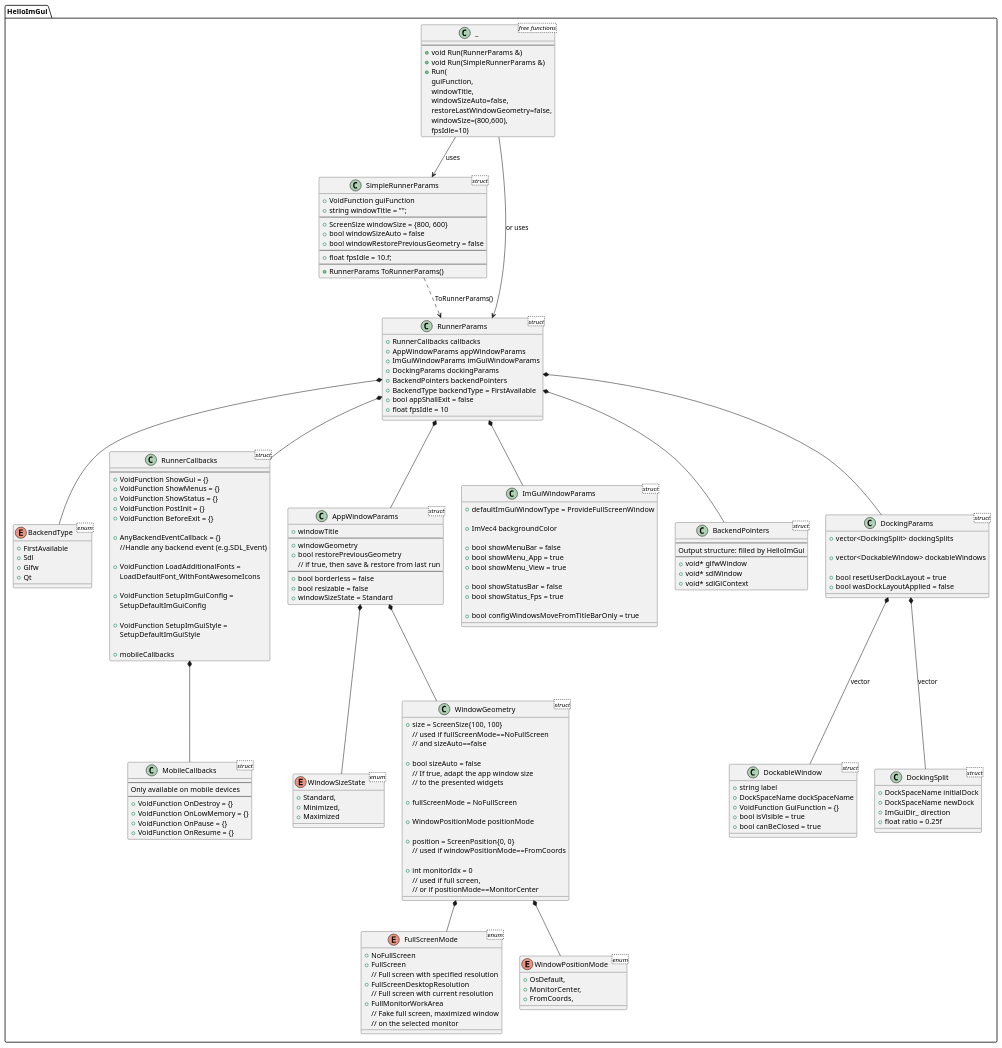
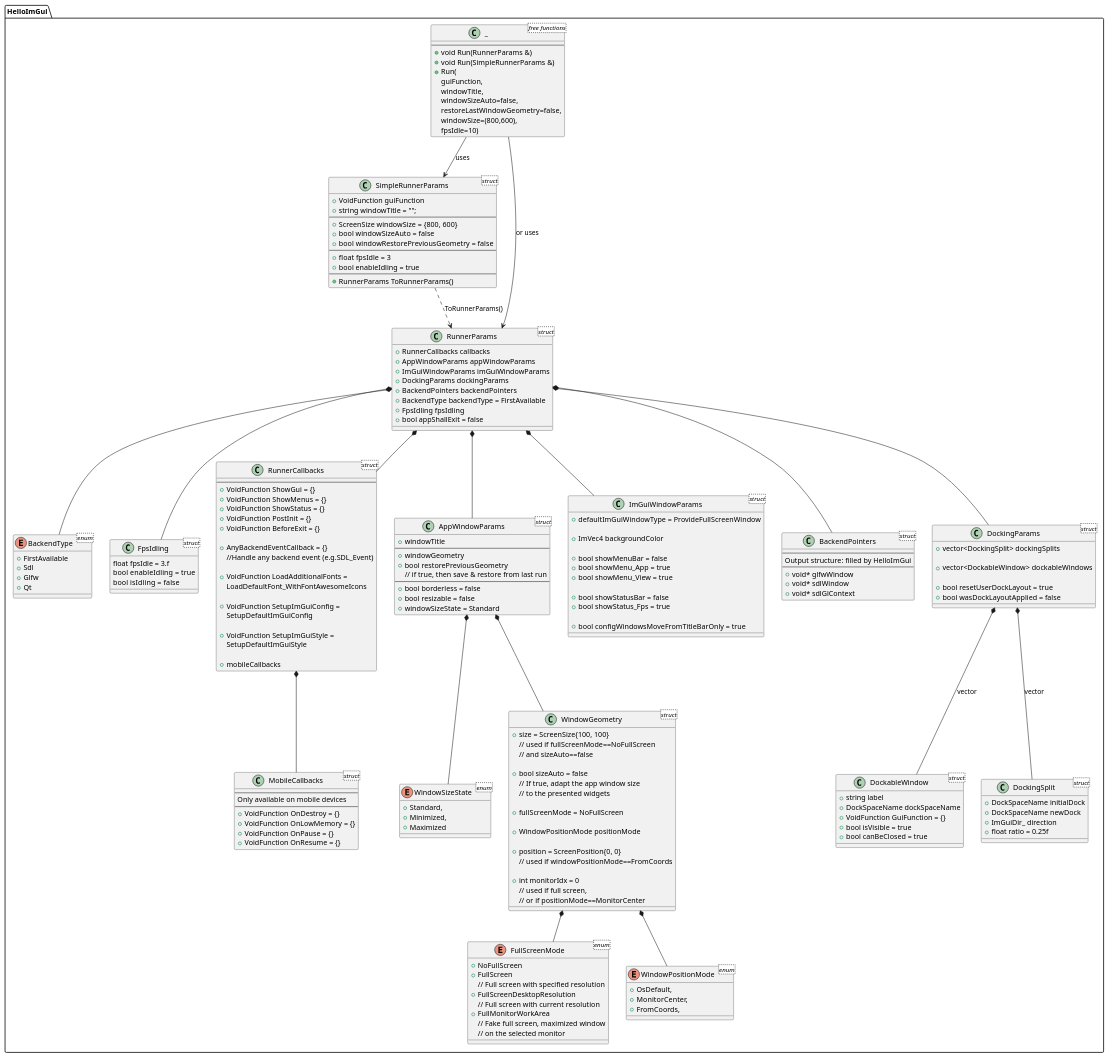
One commit to pthom/hello_imgui changed the diagram in src/hello_imgui/doc_src/hello_imgui_diagram.puml. Above: the diagram before and after it, drawn with PlantUML. The commit also changed 9 other files, not shown here.

Commit message:
Add FpsIdling params

```diff
--- a/src/hello_imgui/doc_src/hello_imgui_diagram.puml
+++ b/src/hello_imgui/doc_src/hello_imgui_diagram.puml
@@ -24,6 +24,13 @@
     + Qt
 }
 
+class FpsIdling<struct> {
+    float fpsIdle = 3.f
+    bool  enableIdling = true
+    bool  isIdling = false
+}
+
+
 class RunnerParams <struct> {
     + RunnerCallbacks callbacks
     + AppWindowParams appWindowParams
@@ -31,8 +38,8 @@
     + DockingParams dockingParams
     + BackendPointers backendPointers
     + BackendType backendType = FirstAvailable
+    + FpsIdling fpsIdling
     + bool appShallExit = false
-    + float fpsIdle = 10
 }
 
 class SimpleRunnerParams <struct> {
@@ -43,7 +50,8 @@
     + bool windowSizeAuto = false
     + bool windowRestorePreviousGeometry = false
     ---
-    + float fpsIdle = 10.f;
+    + float fpsIdle = 3
+    + bool enableIdling = true
     ---
     + RunnerParams ToRunnerParams()
 }
@@ -201,6 +209,7 @@
     + float ratio = 0.25f
 }
 
+RunnerParams *-- FpsIdling
 RunnerParams *-- BackendType
 RunnerParams *-- RunnerCallbacks
 RunnerParams *-- AppWindowParams
```
